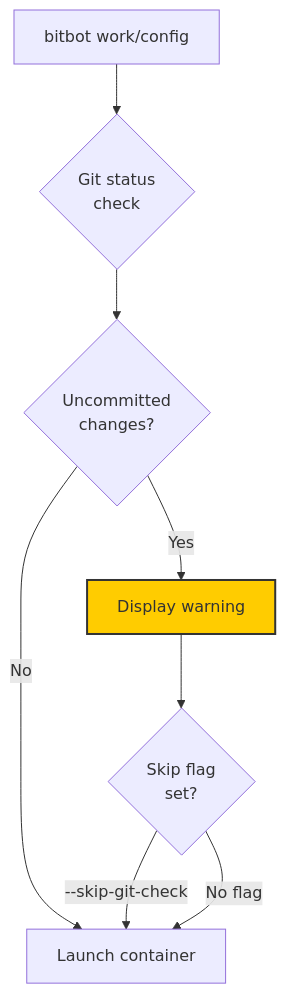
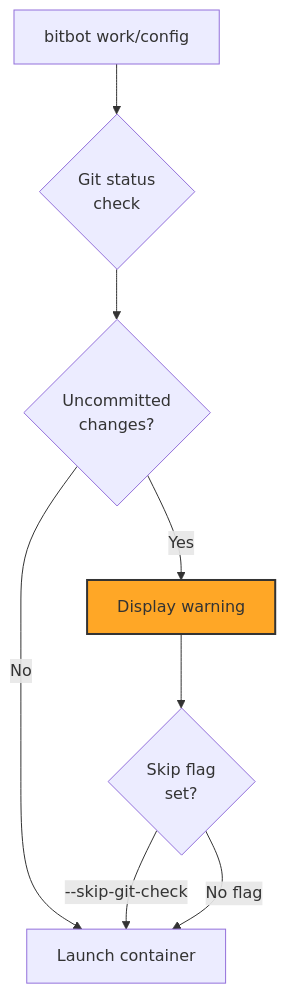
Before and after one commit to ManuelKugelmann/BitBot: the fourth of 4 diagrams in sparc/3-architecture/diagrams/02-container-orchestration.md, drawn with Mermaid. The commit also changed other lines of this file and 6 other files, not shown here.

First line of the commit message:
Improve diagram colors for better dark text contrast

````diff
--- a/sparc/3-architecture/diagrams/02-container-orchestration.md
+++ b/sparc/3-architecture/diagrams/02-container-orchestration.md
@@ -256,19 +256,19 @@
 ```mermaid
 flowchart TD
     START[bitbot work/config]
     GITCHECK{Git status<br/>check}
     UNCOMMITTED{Uncommitted<br/>changes?}
     WARN[Display warning]
     SKIP{Skip flag<br/>set?}
     LAUNCH[Launch container]
 
     START --> GITCHECK
     GITCHECK --> UNCOMMITTED
     UNCOMMITTED -->|Yes| WARN
     UNCOMMITTED -->|No| LAUNCH
     WARN --> SKIP
     SKIP -->|--skip-git-check| LAUNCH
     SKIP -->|No flag| LAUNCH
 
-    style WARN fill:#ffcc00,stroke:#333,stroke-width:2px
+    style WARN fill:#ffa726,stroke:#333,stroke-width:2px
 ```
````
